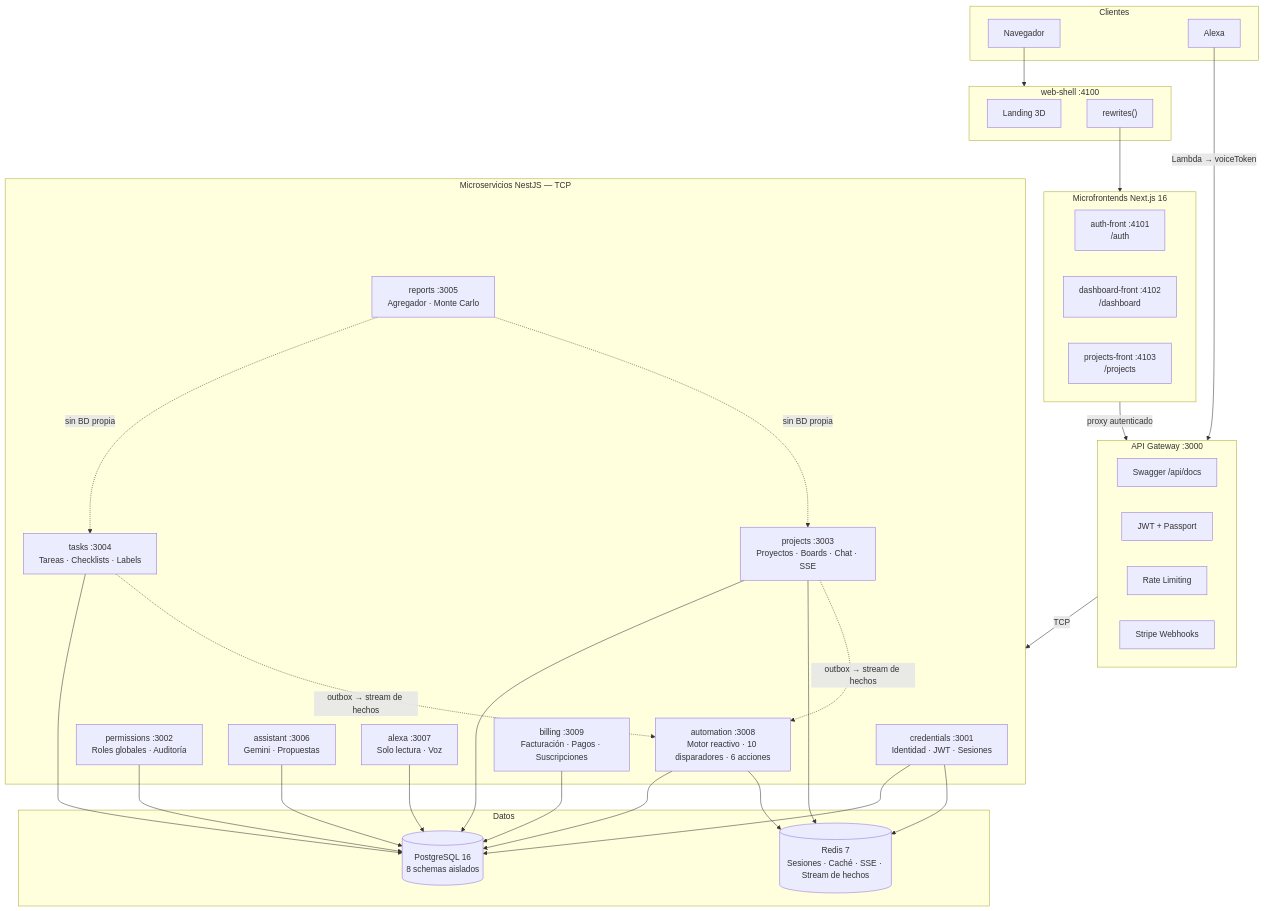
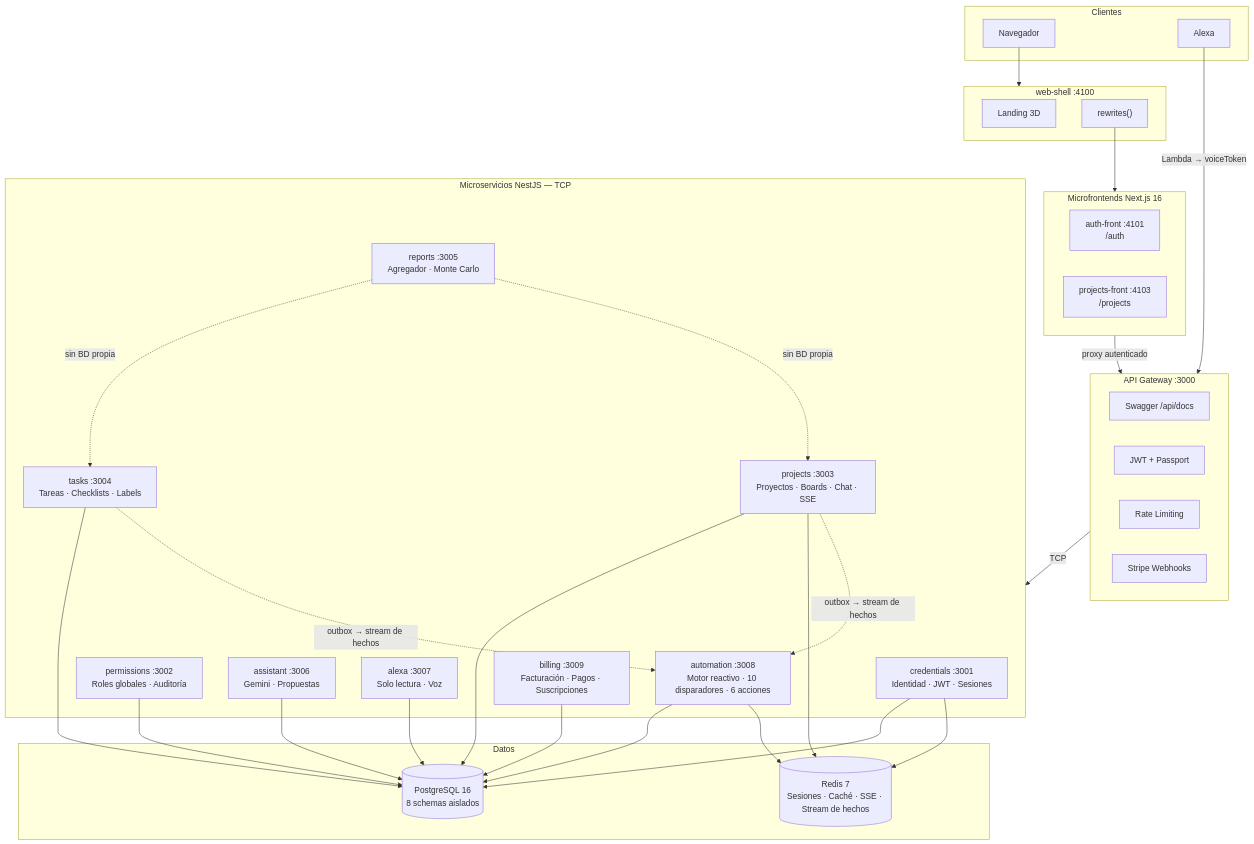
The diagram in README.md (Ander-tsx/PRAXIS), drawn with Mermaid before and after one commit. The commit also changed other lines of this file and 132 other files, not shown here.

````diff
--- a/README.md
+++ b/README.md
@@ -62,52 +62,51 @@
 ```mermaid
 flowchart TB
     subgraph Clientes
         Browser["Navegador"]
         AlexaDevice["Alexa"]
     end
 
     subgraph shell["web-shell :4100"]
         Landing["Landing 3D"]
         Rewrites["rewrites()"]
     end
 
     subgraph zones["Microfrontends Next.js 16"]
         Auth["auth-front :4101\n/auth"]
-        Dash["dashboard-front :4102\n/dashboard"]
         Proj["projects-front :4103\n/projects"]
     end
 
     subgraph gw["API Gateway :3000"]
         Swagger["Swagger /api/docs"]
         JWT["JWT + Passport"]
         Throttle["Rate Limiting"]
         StripeWH["Stripe Webhooks"]
     end
 
     subgraph services["Microservicios NestJS — TCP"]
         Cred["credentials :3001\nIdentidad · JWT · Sesiones"]
         Perm["permissions :3002\nRoles globales · Auditoría"]
         ProjS["projects :3003\nProyectos · Boards · Chat · SSE"]
         Task["tasks :3004\nTareas · Checklists · Labels"]
         RepS["reports :3005\nAgregador · Monte Carlo"]
         Asst["assistant :3006\nGemini · Propuestas"]
         Alex["alexa :3007\nSolo lectura · Voz"]
         Automation["automation :3008\nMotor reactivo · 10 disparadores · 6 acciones"]
         Bill["billing :3009\nFacturación · Pagos · Suscripciones"]
     end
 
     subgraph data["Datos"]
         PG[("PostgreSQL 16\n8 schemas aislados")]
         Redis[("Redis 7\nSesiones · Caché · SSE · Stream de hechos")]
     end
 
     Browser --> shell
     Rewrites --> zones
     zones -->|proxy autenticado| gw
     AlexaDevice -->|Lambda → voiceToken| gw
     gw -->|TCP| services
     Cred & Perm & ProjS & Task & Alex & Asst & Automation & Bill --> PG
     RepS -.->|"sin BD propia"| Task & ProjS
     Cred & ProjS & Automation --> Redis
     Task & ProjS -.->|"outbox → stream de hechos"| Automation
 ```
````
